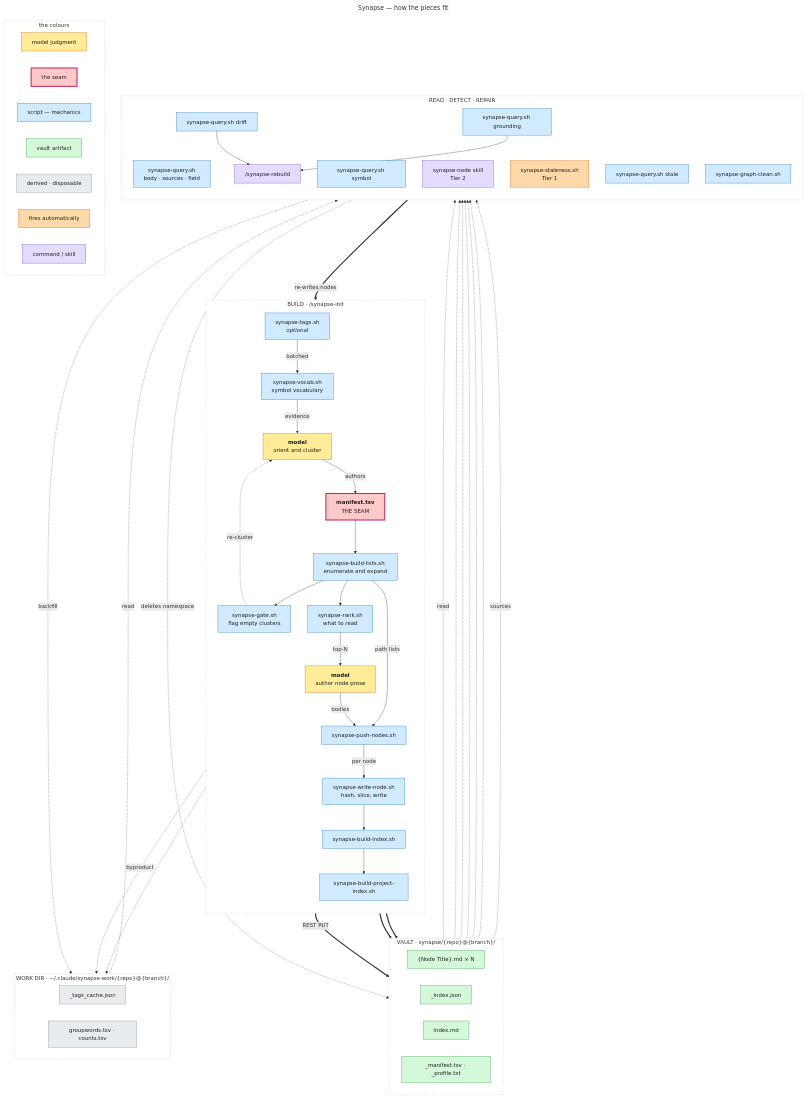
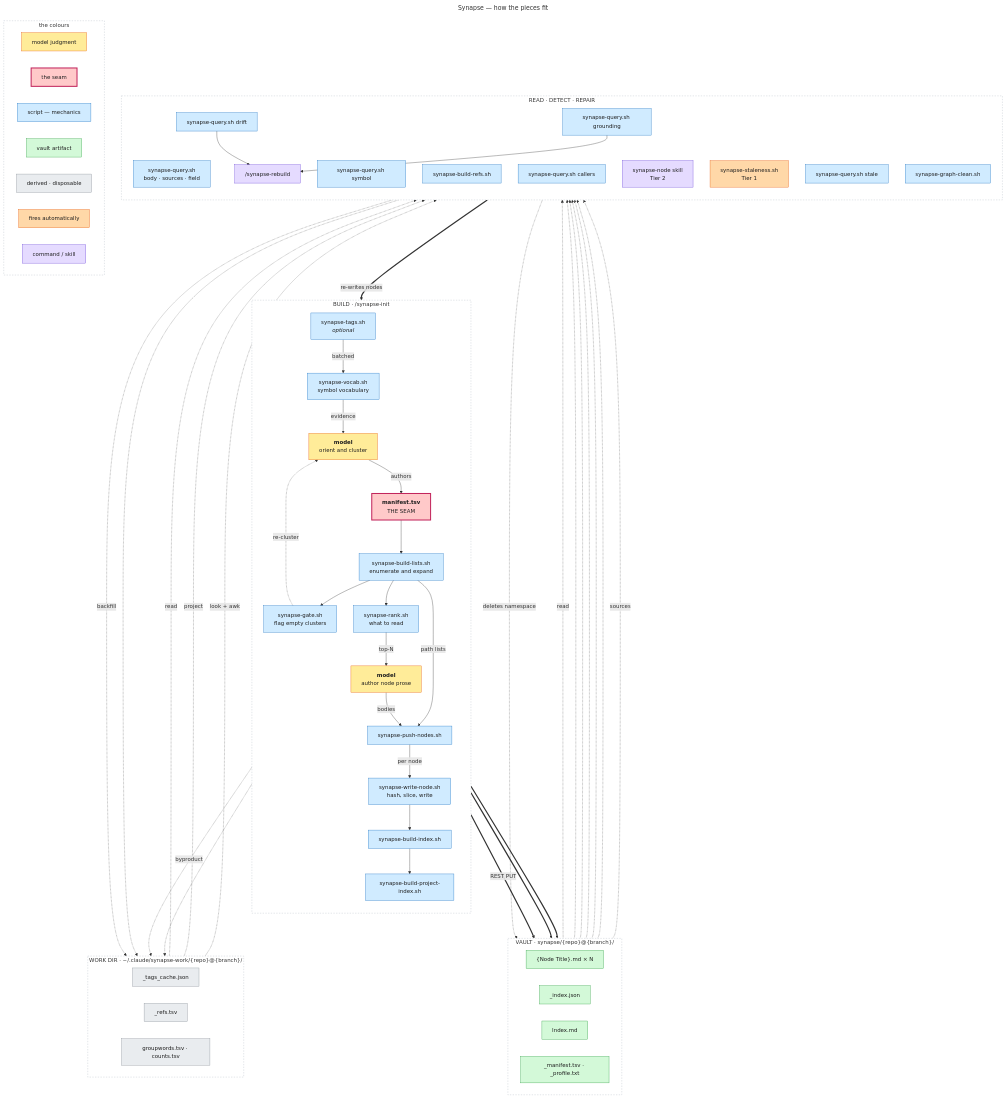
Before and after one commit to imunitic/second-brain-setup: the diagram in docs/diagrams/synapse-pipeline.mmd, drawn with Mermaid. The commit also changed 6 other files, not shown here.

First line of the commit message:
docs(callers): wire the new subcommand into the hook, skill and diagrams

```diff
--- a/docs/diagrams/synapse-pipeline.mmd
+++ b/docs/diagrams/synapse-pipeline.mmd
@@ -1,143 +1,149 @@
 ---
 title: Synapse — how the pieces fit
 ---
 %% Colour carries the lane: what the MODEL judges, what a SCRIPT executes, what
 %% lands in the VAULT, and what is merely DERIVED into the work dir. Subgraphs
 %% carry the phase.
 %% --
 %% Read the yellow boxes' arrows in both directions and the whole design is
 %% there. Blue enters yellow twice -- vocabulary into clustering, ranked files
 %% into authoring -- and that is the evidence a judgment is made over, derived
 %% mechanically rather than gathered by hand. Yellow leaves for blue twice --
 %% manifest.tsv and the authored bodies -- and that is the seam, the only place
 %% interpretation is handed back to the scripts. Everything else is mechanical.
 %% --
 %% Boxes carry NAMES, not descriptions. What each one actually does lives in the
 %% reference table under this diagram in docs/synapse-graph.md. A box holding four
 %% lines of mechanism is a paragraph in a rectangle: it cannot be read at a glance,
 %% which is the only thing a diagram is better at than prose. Keep labels to a name
 %% plus at most a three-word role, and put the detail in the table.
 %% --
 %% Separator lines are `%% --`, never a bare `%%`: an empty comment swallows the
 %% following newline, so the next line is parsed glued onto it -- a bare `%%`
 %% directly above `flowchart TB` fails with "Parse error on line 1: %%flowchart".
 flowchart TB
     classDef model fill:#ffec99,stroke:#e8590c,color:#1e1e1e
     classDef seam fill:#ffc9c9,stroke:#c2255c,color:#1e1e1e,stroke-width:3px
     classDef script fill:#d0ebff,stroke:#1971c2,color:#1e1e1e
     classDef vault fill:#d3f9d8,stroke:#2f9e44,color:#1e1e1e
     classDef work fill:#e9ecef,stroke:#868e96,color:#1e1e1e
     classDef hook fill:#ffd8a8,stroke:#e8590c,color:#1e1e1e
     classDef cmd fill:#e5dbff,stroke:#6741d9,color:#1e1e1e
 
     subgraph BUILD["BUILD · /synapse-init"]
         direction TB
         TAGS["synapse-tags.sh<br/><i>optional</i>"]
         VOCAB["synapse-vocab.sh<br/>symbol vocabulary"]
         ORIENT["<b>model</b><br/>orient and cluster"]
         MANIFEST["<b>manifest.tsv</b><br/>THE SEAM"]
         LISTS["synapse-build-lists.sh<br/>enumerate and expand"]
         GATE["synapse-gate.sh<br/>flag empty clusters"]
         RANK["synapse-rank.sh<br/>what to read"]
         PROSE["<b>model</b><br/>author node prose"]
         PUSH["synapse-push-nodes.sh"]
         WRITE["synapse-write-node.sh<br/>hash, slice, write"]
         IDX["synapse-build-index.sh"]
         PIDX["synapse-build-project-index.sh"]
 
         TAGS -->|"batched"| VOCAB
         VOCAB -->|"evidence"| ORIENT
         ORIENT -->|"authors"| MANIFEST
         MANIFEST --> LISTS
         LISTS --> GATE
         GATE -.->|"re-cluster"| ORIENT
         LISTS --> RANK
         RANK -->|"top-N"| PROSE
         LISTS -->|"path lists"| PUSH
         PROSE -->|"bodies"| PUSH
         PUSH -->|"per node"| WRITE
         WRITE --> IDX --> PIDX
     end
 
     subgraph VAULT["VAULT · synapse/{repo}@{branch}/"]
         direction LR
         NODE["{Node Title}.md × N"]
         JSON["_index.json"]
         INDEX["Index.md"]
         AUX["_manifest.tsv · _profile.txt"]
     end
 
     subgraph WORK["WORK DIR · ~/.claude/synapse-work/{repo}@{branch}/"]
         direction LR
         TAGSCACHE["_tags_cache.json"]
+        REFSIDX["_refs.tsv"]
         WORDS["groupwords.tsv · counts.tsv"]
     end
 
     WRITE ==>|"REST PUT"| NODE
     IDX ==> JSON
     PIDX ==> INDEX
     WRITE -.->|"byproduct"| TAGSCACHE
     VOCAB -.-> WORDS
 
     subgraph USE["READ · DETECT · REPAIR"]
         direction TB
         QUERY["synapse-query.sh<br/>body · sources · field"]
         SYMBOL["synapse-query.sh symbol"]
+        REFS["synapse-build-refs.sh"]
+        CALLERS["synapse-query.sh callers"]
         NODESKILL["synapse-node skill<br/>Tier 2"]
         STALE1["synapse-staleness.sh<br/>Tier 1"]
         STALE2["synapse-query.sh stale"]
         DRIFT["synapse-query.sh drift"]
         GROUND["synapse-query.sh grounding"]
         REBUILD["/synapse-rebuild"]
         CLEAN["synapse-graph-clean.sh"]
 
         DRIFT --> REBUILD
         GROUND --> REBUILD
     end
 
     NODE -.->|"read"| QUERY
     NODE -.-> NODESKILL
     JSON -.-> STALE1
     NODE -.-> STALE2
     NODE -.-> DRIFT
     NODE -.-> GROUND
     NODE -.->|"sources"| SYMBOL
     TAGSCACHE -.->|"read"| SYMBOL
     SYMBOL -.->|"backfill"| TAGSCACHE
+    TAGSCACHE -.->|"project"| REFS
+    REFS -.-> REFSIDX
+    REFSIDX -.->|"look + awk"| CALLERS
     REBUILD ==>|"re-writes nodes"| WRITE
     CLEAN -.->|"deletes namespace"| NODE
 
     class ORIENT,PROSE model
     class MANIFEST seam
-    class LISTS,PUSH,WRITE,IDX,PIDX,TAGS,VOCAB,GATE,RANK,QUERY,SYMBOL,STALE2,DRIFT,GROUND,CLEAN script
+    class LISTS,PUSH,WRITE,IDX,PIDX,TAGS,VOCAB,GATE,RANK,QUERY,SYMBOL,REFS,CALLERS,STALE2,DRIFT,GROUND,CLEAN script
     class NODE,JSON,INDEX,AUX vault
-    class TAGSCACHE,WORDS work
+    class TAGSCACHE,REFSIDX,WORDS work
     class STALE1 hook
     class REBUILD,NODESKILL cmd
 
     subgraph KEY["the colours"]
         direction LR
         K1["model judgment"]
         K2["the seam"]
         K3["script — mechanics"]
         K4["vault artifact"]
         K7["derived · disposable"]
         K5["fires automatically"]
         K6["command / skill"]
     end
     class K1 model
     class K2 seam
     class K3 script
     class K4 vault
     class K7 work
     class K5 hook
     class K6 cmd
 
     %% Neutral subgraph fills: the default pale yellow competes with the model
     %% lane's own yellow, and the point of the palette is that the lane is
     %% readable at a glance.
     style BUILD fill:#ffffff,stroke:#adb5bd,stroke-dasharray:4 4
     style VAULT fill:#ffffff,stroke:#adb5bd,stroke-dasharray:4 4
     style WORK fill:#ffffff,stroke:#adb5bd,stroke-dasharray:4 4
     style USE fill:#ffffff,stroke:#adb5bd,stroke-dasharray:4 4
     style KEY fill:#ffffff,stroke:#adb5bd,stroke-dasharray:4 4
```
